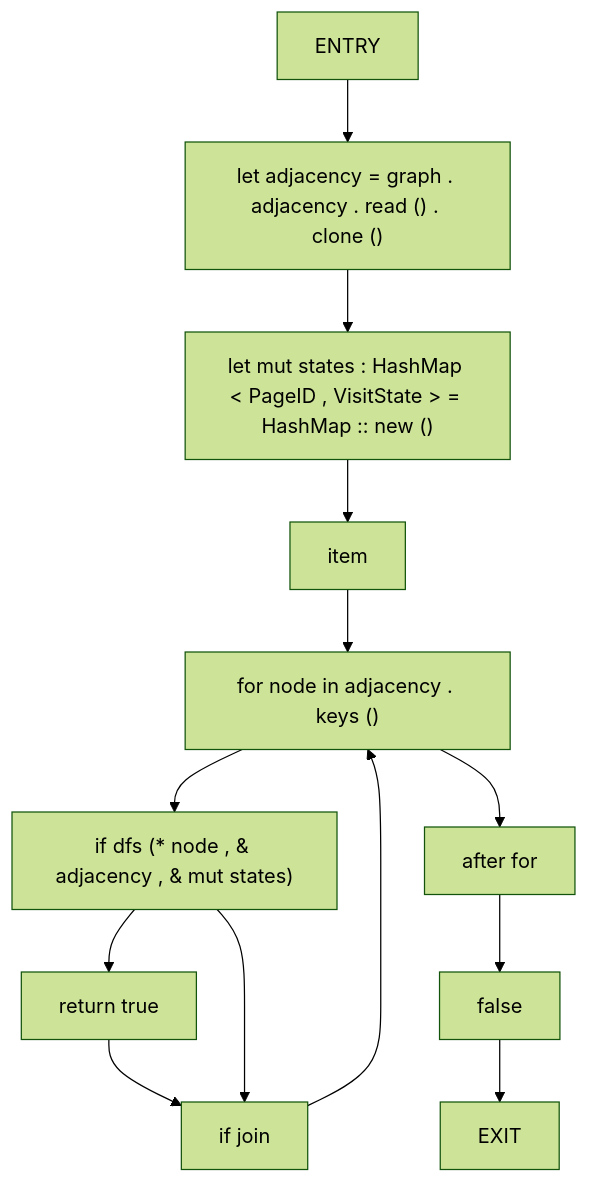
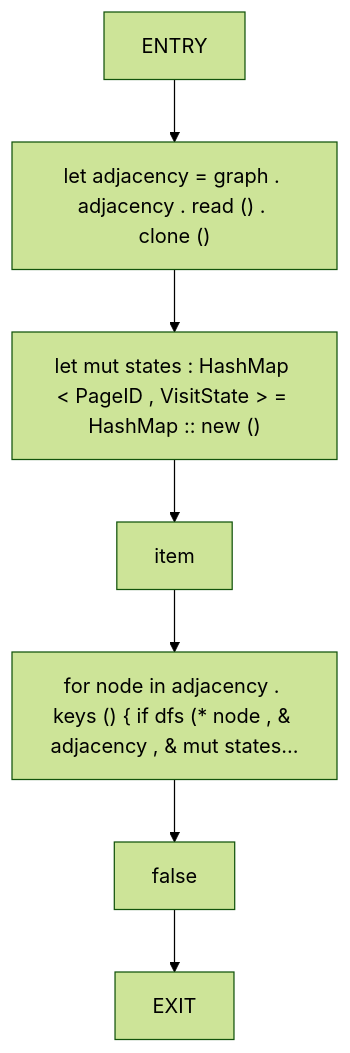
The third of 8 diagrams in docs/analysis/cfg/030-src-03_dag.md (cicero-violate/MMSB), drawn with Mermaid (forest theme) before and after one commit. The commit also changed other lines of this file and 865 other files, not shown here.

````diff
--- a/docs/analysis/cfg/030-src-03_dag.md
+++ b/docs/analysis/cfg/030-src-03_dag.md
@@ -96,26 +76,16 @@
 ```mermaid
 flowchart TD
     has_cycle_0["ENTRY"]
     has_cycle_1["let adjacency = graph . adjacency . read () . clone ()"]
     has_cycle_2["let mut states : HashMap < PageID , VisitState > = HashMap :: new ()"]
     has_cycle_3["item"]
-    has_cycle_4["for node in adjacency . keys ()"]
-    has_cycle_5["if dfs (* node , & adjacency , & mut states)"]
-    has_cycle_6["return true"]
-    has_cycle_7["if join"]
-    has_cycle_8["after for"]
-    has_cycle_9["false"]
-    has_cycle_10["EXIT"]
+    has_cycle_4["for node in adjacency . keys () { if dfs (* node , & adjacency , & mut states..."]
+    has_cycle_5["false"]
+    has_cycle_6["EXIT"]
     has_cycle_0 --> has_cycle_1
     has_cycle_1 --> has_cycle_2
     has_cycle_2 --> has_cycle_3
     has_cycle_3 --> has_cycle_4
     has_cycle_4 --> has_cycle_5
     has_cycle_5 --> has_cycle_6
-    has_cycle_6 --> has_cycle_7
-    has_cycle_5 --> has_cycle_7
-    has_cycle_7 --> has_cycle_4
-    has_cycle_4 --> has_cycle_8
-    has_cycle_8 --> has_cycle_9
-    has_cycle_9 --> has_cycle_10
 ```
````
